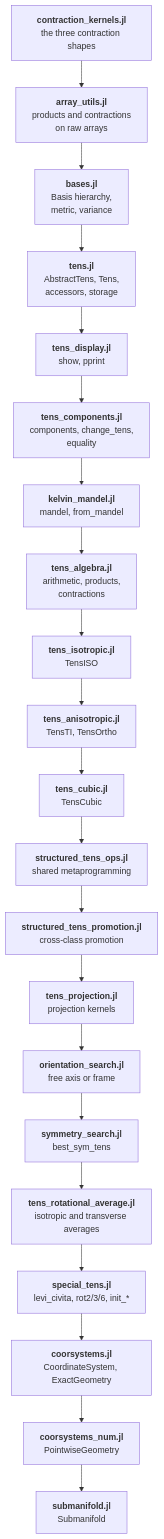
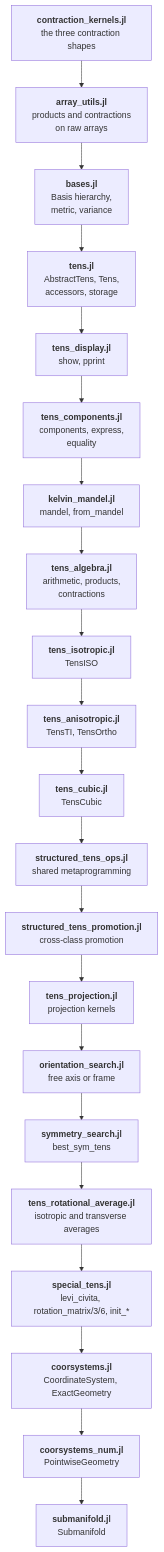
Before and after one commit to MicroPoroChemoMechanics/TensND.jl: the diagram in docs/src/developer/architecture.md, drawn with Mermaid. The commit also changed other lines of this file and 112 other files, not shown here.

````diff
--- a/docs/src/developer/architecture.md
+++ b/docs/src/developer/architecture.md
@@ -8,26 +8,26 @@
 ```mermaid
 %%{init: {"flowchart": {"useMaxWidth": false}}}%%
 flowchart TB
     CK["<b>contraction_kernels.jl</b><br/>the three contraction shapes"]
     AU["<b>array_utils.jl</b><br/>products and contractions<br/>on raw arrays"]
     BA["<b>bases.jl</b><br/>Basis hierarchy,<br/>metric, variance"]
     TE["<b>tens.jl</b><br/>AbstractTens, Tens,<br/>accessors, storage"]
     TD["<b>tens_display.jl</b><br/>show, pprint"]
-    TC["<b>tens_components.jl</b><br/>components, change_tens,<br/>equality"]
+    TC["<b>tens_components.jl</b><br/>components, express,<br/>equality"]
     KMF["<b>kelvin_mandel.jl</b><br/>mandel, from_mandel"]
     TA["<b>tens_algebra.jl</b><br/>arithmetic, products,<br/>contractions"]
     ISO["<b>tens_isotropic.jl</b><br/>TensISO"]
     ANI["<b>tens_anisotropic.jl</b><br/>TensTI, TensOrtho"]
     CUB["<b>tens_cubic.jl</b><br/>TensCubic"]
     OPS["<b>structured_tens_ops.jl</b><br/>shared metaprogramming"]
     PRO["<b>structured_tens_promotion.jl</b><br/>cross-class promotion"]
     PRJ["<b>tens_projection.jl</b><br/>projection kernels"]
     ORI["<b>orientation_search.jl</b><br/>free axis or frame"]
     SYM["<b>symmetry_search.jl</b><br/>best_sym_tens"]
     RA["<b>tens_rotational_average.jl</b><br/>isotropic and transverse averages"]
-    SPE["<b>special_tens.jl</b><br/>levi_civita, rot2/3/6, init_*"]
+    SPE["<b>special_tens.jl</b><br/>levi_civita, rotation_matrix/3/6, init_*"]
     CSS["<b>coorsystems.jl</b><br/>CoordinateSystem, ExactGeometry"]
     CSN["<b>coorsystems_num.jl</b><br/>PointwiseGeometry"]
     SUB["<b>submanifold.jl</b><br/>Submanifold"]
     CK --> AU --> BA --> TE --> TD --> TC --> KMF --> TA --> ISO --> ANI --> CUB --> OPS --> PRO --> PRJ --> ORI --> SYM --> RA --> SPE --> CSS --> CSN --> SUB
 ```
````
